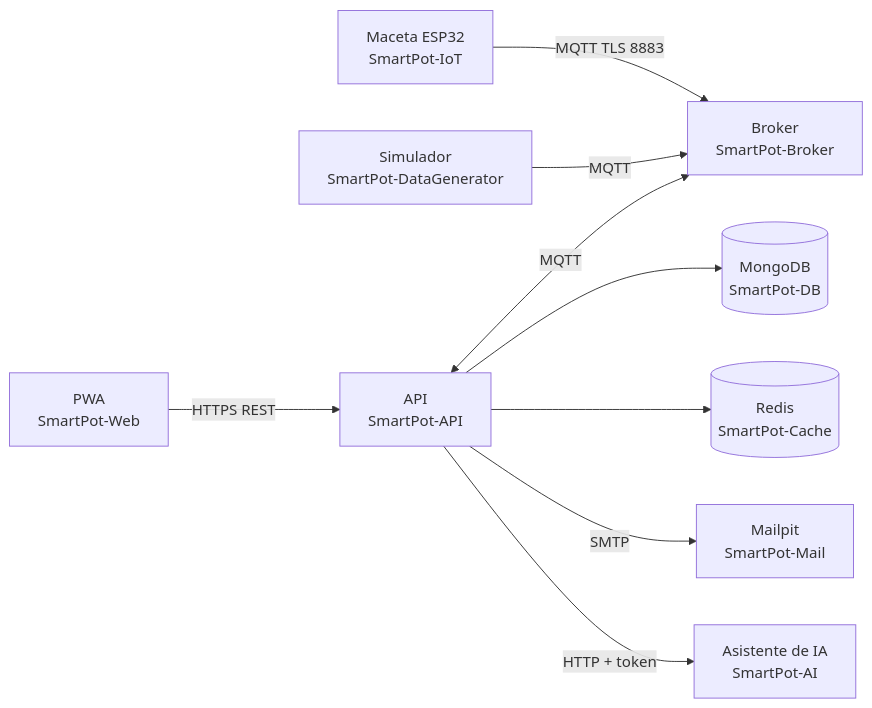
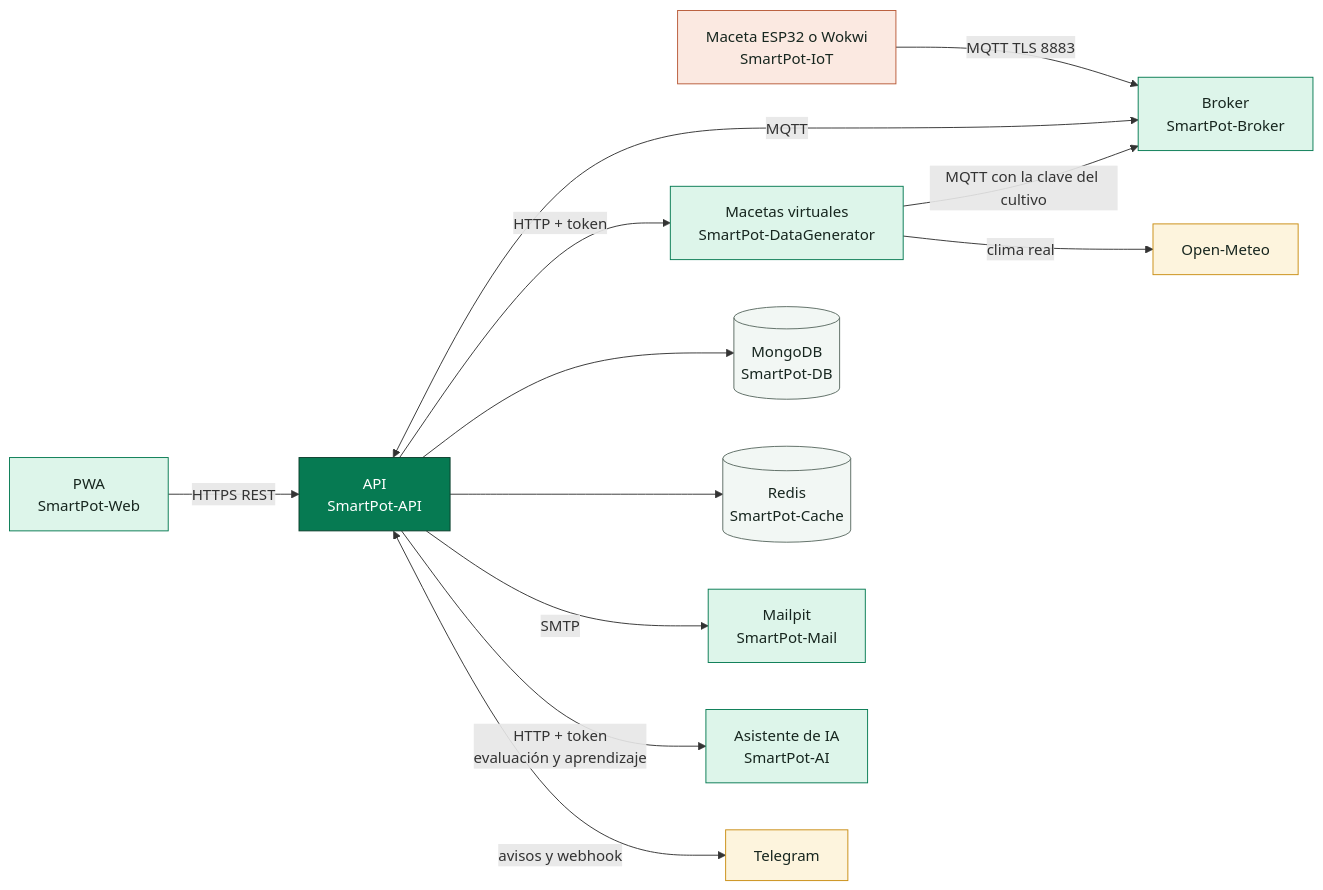
One commit to SmartPotTech/.github changed the diagram in README.md. Above: the diagram before and after it, drawn with Mermaid. The commit also changed other lines of this file, not shown here.

Commit message:
Describe virtual pots, learning and Telegram in repository README

````diff
--- a/README.md
+++ b/README.md
@@ -33,11 +35,24 @@
 ```mermaid
 flowchart LR
-  M[Maceta ESP32<br>SmartPot-IoT] -->|MQTT TLS 8883| B[Broker<br>SmartPot-Broker]
-  S[Simulador<br>SmartPot-DataGenerator] -->|MQTT| B
+  M[Maceta ESP32 o Wokwi<br>SmartPot-IoT] -->|MQTT TLS 8883| B[Broker<br>SmartPot-Broker]
+  S[Macetas virtuales<br>SmartPot-DataGenerator] -->|MQTT con la clave del cultivo| B
+  S -->|clima real| O[Open-Meteo]
   U[PWA<br>SmartPot-Web] -->|HTTPS REST| A[API<br>SmartPot-API]
   A <-->|MQTT| B
+  A -->|HTTP + token| S
   A --> D[(MongoDB<br>SmartPot-DB)]
   A --> C[(Redis<br>SmartPot-Cache)]
   A -->|SMTP| E[Mailpit<br>SmartPot-Mail]
-  A -->|HTTP + token| I[Asistente de IA<br>SmartPot-AI]
+  A -->|HTTP + token<br>evaluación y aprendizaje| I[Asistente de IA<br>SmartPot-AI]
+  A <-->|avisos y webhook| T[Telegram]
+  classDef platform fill:#DDF5EA,stroke:#067A52,color:#17261F
+  classDef device fill:#FBE9E1,stroke:#B85A38,color:#17261F
+  classDef store fill:#F2F7F4,stroke:#5B6B63,color:#17261F
+  classDef external fill:#FDF4DD,stroke:#C98D12,color:#17261F
+  classDef core fill:#067A52,stroke:#0B3D2B,color:#FFFFFF
+  class A core
+  class B,U,I,E,S platform
+  class M device
+  class D,C store
+  class O,T external
 ```
````
